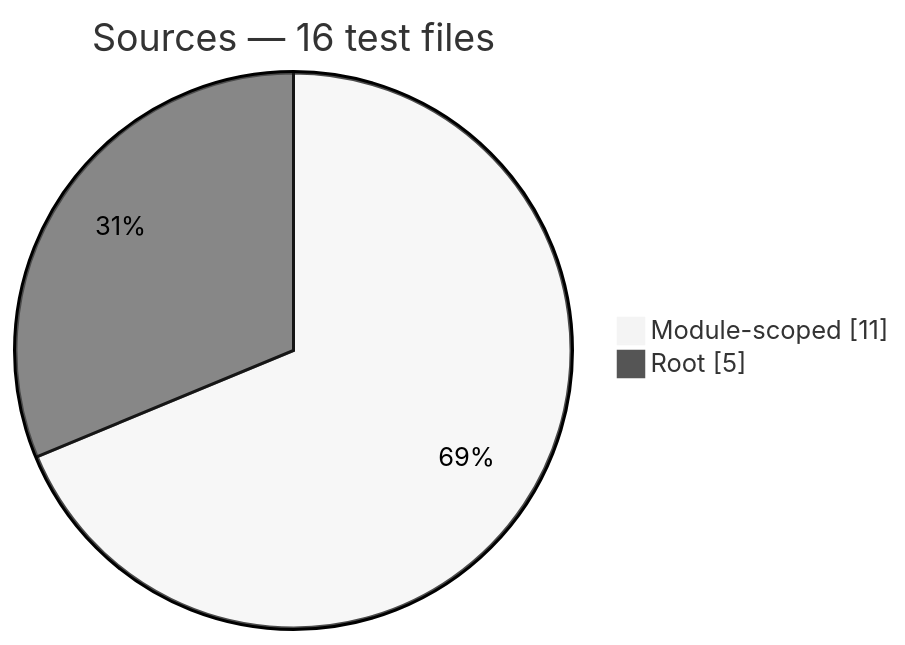
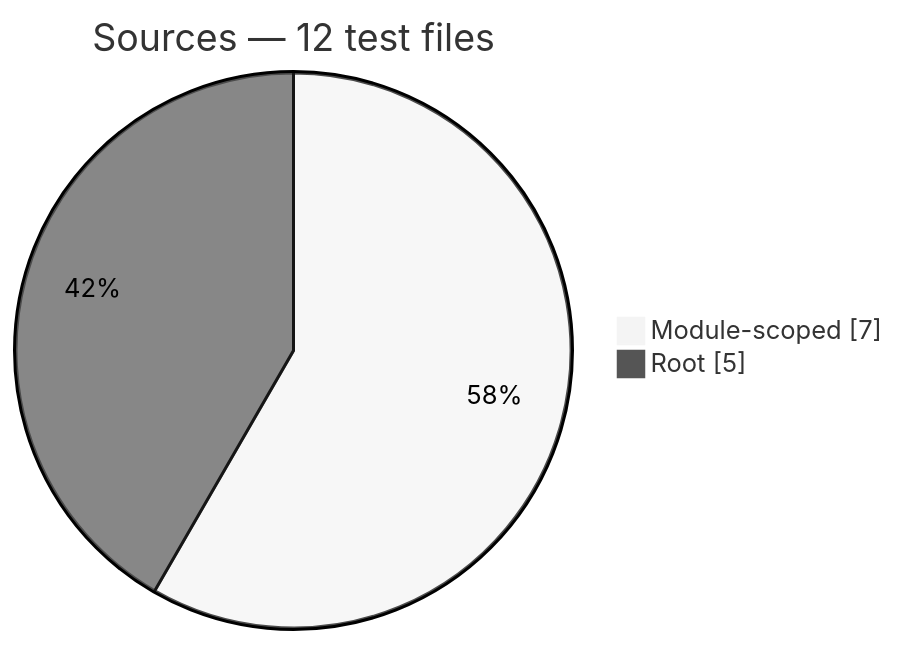
The fifth of 12 diagrams in docs/generated/test-composition.md (Mohammed-Alama/php-arazzo), drawn with Mermaid (neutral theme) before and after one commit. The commit also changed other lines of this file and 76 other files, not shown here.

````diff
--- a/docs/generated/test-composition.md
+++ b/docs/generated/test-composition.md
@@ -68,6 +68,6 @@
 ```mermaid
 pie showData
-    title Sources — 16 test files
-    "Module-scoped": 11
+    title Sources — 12 test files
+    "Module-scoped": 7
     "Root": 5
 ```
````
